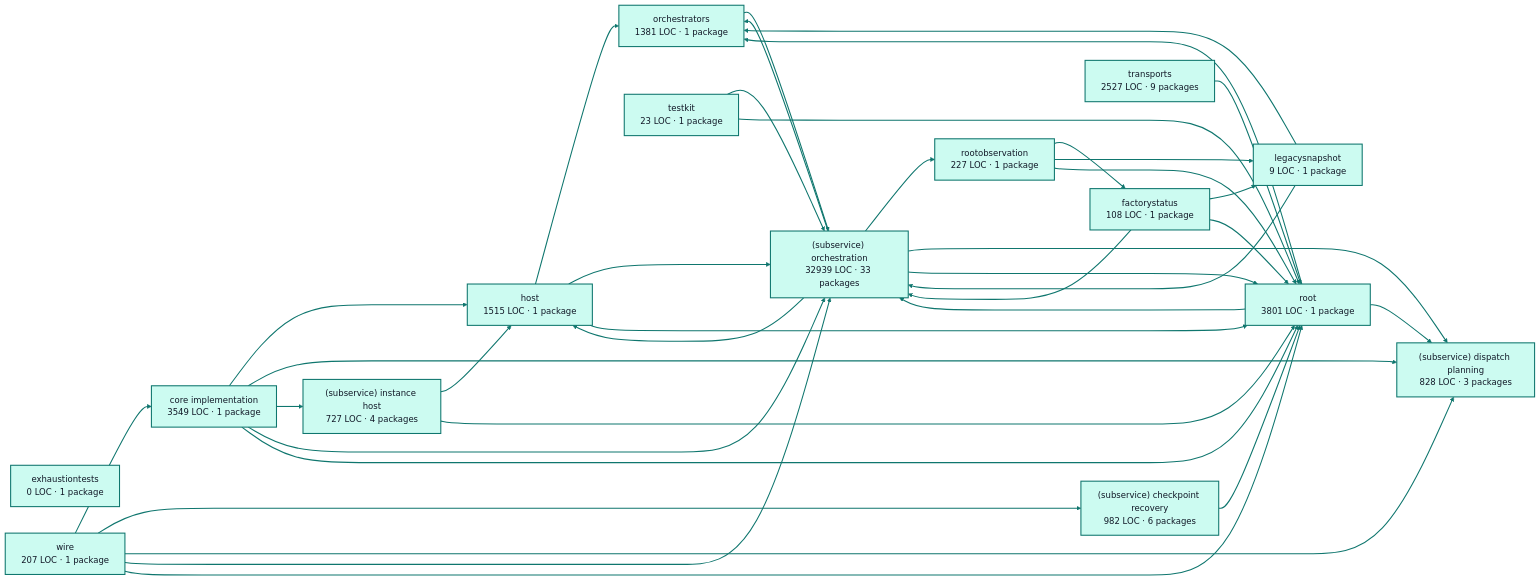
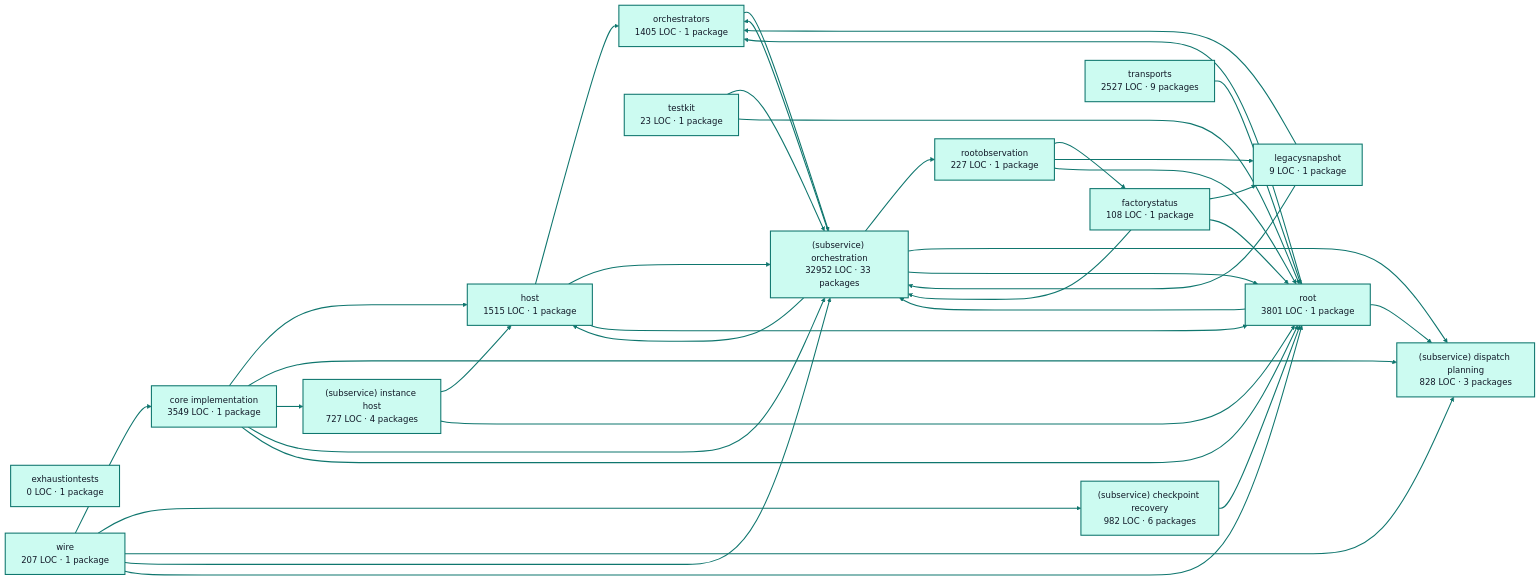
One commit to portpowered/you-agent-factory changed the diagram in docs/architecture/visualizations/services/factory_runtime.md. Above: the diagram before and after it, drawn with Mermaid. The commit also changed other lines of this file and 20 other files, not shown here.

Commit message:
docs: refresh backend architecture visualizations

````diff
--- a/docs/architecture/visualizations/services/factory_runtime.md
+++ b/docs/architecture/visualizations/services/factory_runtime.md
@@ -11,70 +11,70 @@
 ```mermaid
 flowchart LR
   p0["core implementation<br/>3549 LOC · 1 package"]
   p1["exhaustiontests<br/>0 LOC · 1 package"]
   p2["factorystatus<br/>108 LOC · 1 package"]
   p3["host<br/>1515 LOC · 1 package"]
   p4["legacysnapshot<br/>9 LOC · 1 package"]
-  p5["orchestrators<br/>1381 LOC · 1 package"]
+  p5["orchestrators<br/>1405 LOC · 1 package"]
   p6["rootobservation<br/>227 LOC · 1 package"]
   p7["(subservice) checkpoint recovery<br/>982 LOC · 6 packages"]
   p8["(subservice) dispatch planning<br/>828 LOC · 3 packages"]
   p9["(subservice) instance host<br/>727 LOC · 4 packages"]
-  p10["(subservice) orchestration<br/>32939 LOC · 33 packages"]
+  p10["(subservice) orchestration<br/>32952 LOC · 33 packages"]
   p11["testkit<br/>23 LOC · 1 package"]
   p12["root<br/>3801 LOC · 1 package"]
   p13["transports<br/>2527 LOC · 9 packages"]
   p14["wire<br/>207 LOC · 1 package"]
   p0 --> p3
   p0 --> p8
   p0 --> p9
   p0 --> p10
   p0 --> p12
   p2 --> p4
   p2 --> p10
   p2 --> p12
   p3 --> p5
   p3 --> p10
   p3 --> p12
   p4 --> p5
   p4 --> p10
   p5 --> p10
   p6 --> p2
   p6 --> p4
   p6 --> p12
   p7 --> p12
   p9 --> p3
   p9 --> p12
   p10 --> p3
   p10 --> p5
   p10 --> p6
   p10 --> p8
   p10 --> p12
   p11 --> p10
   p11 --> p12
   p12 --> p5
   p12 --> p8
   p12 --> p10
   p13 --> p12
   p14 --> p0
   p14 --> p7
   p14 --> p8
   p14 --> p10
   p14 --> p12
   style p0 fill:#ccfbf1,stroke:#0f766e,stroke-width:2px,color:#111827
   style p1 fill:#ccfbf1,stroke:#0f766e,stroke-width:2px,color:#111827
   style p2 fill:#ccfbf1,stroke:#0f766e,stroke-width:2px,color:#111827
   style p3 fill:#ccfbf1,stroke:#0f766e,stroke-width:2px,color:#111827
   style p4 fill:#ccfbf1,stroke:#0f766e,stroke-width:2px,color:#111827
   style p5 fill:#ccfbf1,stroke:#0f766e,stroke-width:2px,color:#111827
   style p6 fill:#ccfbf1,stroke:#0f766e,stroke-width:2px,color:#111827
   style p7 fill:#ccfbf1,stroke:#0f766e,stroke-width:2px,color:#111827
   style p8 fill:#ccfbf1,stroke:#0f766e,stroke-width:2px,color:#111827
   style p9 fill:#ccfbf1,stroke:#0f766e,stroke-width:2px,color:#111827
   style p10 fill:#ccfbf1,stroke:#0f766e,stroke-width:2px,color:#111827
   style p11 fill:#ccfbf1,stroke:#0f766e,stroke-width:2px,color:#111827
   style p12 fill:#ccfbf1,stroke:#0f766e,stroke-width:2px,color:#111827
   style p13 fill:#ccfbf1,stroke:#0f766e,stroke-width:2px,color:#111827
   style p14 fill:#ccfbf1,stroke:#0f766e,stroke-width:2px,color:#111827
   linkStyle default stroke:#0f766e,stroke-width:2px
 ```
````
